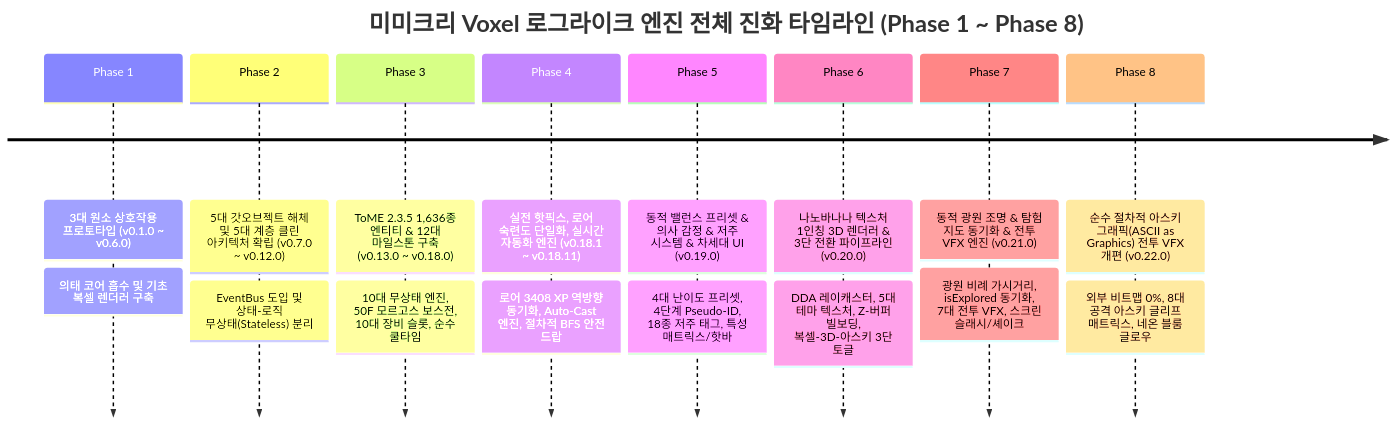
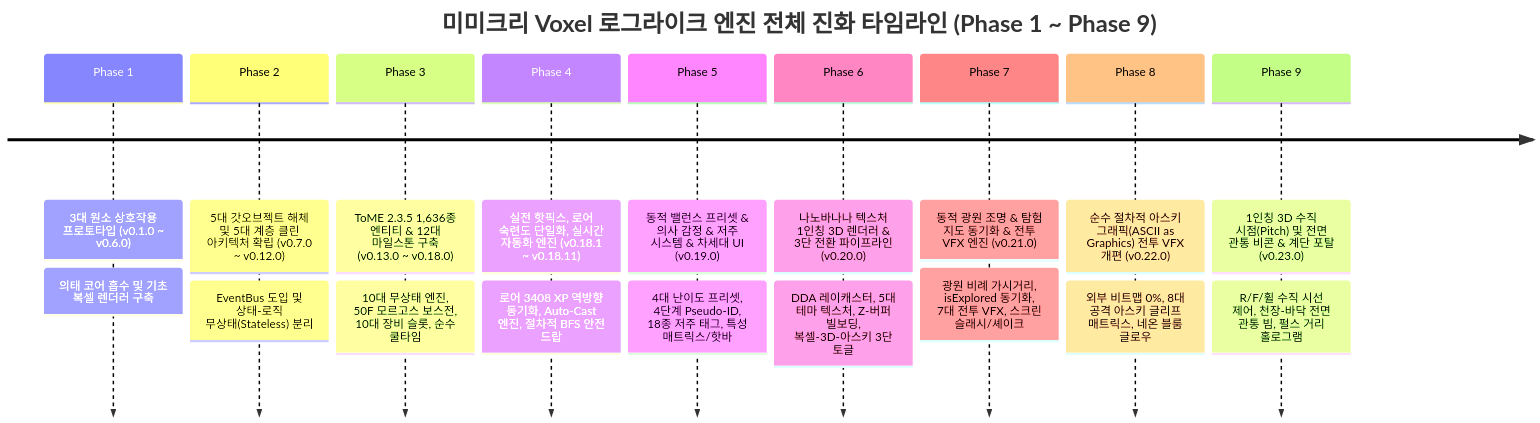
Before and after one commit to loverspath/mimicry_voxel: the diagram in DEVELOPMENT_LOG.md, drawn with Mermaid. The commit also changed other lines of this file and 11 other files, not shown here.

````diff
--- a/DEVELOPMENT_LOG.md
+++ b/DEVELOPMENT_LOG.md
@@ -20,20 +20,22 @@
 ```mermaid
 timeline
-    title 미미크리 Voxel 로그라이크 엔진 전체 진화 타임라인 (Phase 1 ~ Phase 8)
+    title 미미크리 Voxel 로그라이크 엔진 전체 진화 타임라인 (Phase 1 ~ Phase 9)
     Phase 1 : 3대 원소 상호작용 프로토타입 (v0.1.0 ~ v0.6.0)
             : 의태 코어 흡수 및 기초 복셀 렌더러 구축
     Phase 2 : 5대 갓오브젝트 해체 및 5대 계층 클린 아키텍처 확립 (v0.7.0 ~ v0.12.0)
             : EventBus 도입 및 상태-로직 무상태(Stateless) 분리
     Phase 3 : ToME 2.3.5 1,636종 엔티티 & 12대 마일스톤 구축 (v0.13.0 ~ v0.18.0)
             : 10대 무상태 엔진, 50F 모르고스 보스전, 10대 장비 슬롯, 순수 쿨타임
     Phase 4 : 실전 핫픽스, 로어 숙련도 단일화, 실시간 자동화 엔진 (v0.18.1 ~ v0.18.11)
             : 로어 3408 XP 역방향 동기화, Auto-Cast 엔진, 절차적 BFS 안전 드랍
     Phase 5 : 동적 밸런스 프리셋 & 의사 감정 & 저주 시스템 & 차세대 UI (v0.19.0)
             : 4대 난이도 프리셋, 4단계 Pseudo-ID, 18종 저주 태그, 특성 매트릭스/핫바
     Phase 6 : 나노바나나 텍스처 1인칭 3D 렌더러 & 3단 전환 파이프라인 (v0.20.0)
             : DDA 레이캐스터, 5대 테마 텍스처, Z-버퍼 빌보딩, 복셀-3D-아스키 3단 토글
     Phase 7 : 동적 광원 조명 & 탐험 지도 동기화 & 전투 VFX 엔진 (v0.21.0)
             : 광원 비례 가시거리, isExplored 동기화, 7대 전투 VFX, 스크린 슬래시/셰이크
     Phase 8 : 순수 절차적 아스키 그래픽(ASCII as Graphics) 전투 VFX 개편 (v0.22.0)
             : 외부 비트맵 0%, 8대 공격 아스키 글리프 매트릭스, 네온 블룸 글로우
+    Phase 9 : 1인칭 3D 수직 시점(Pitch) 및 전면 관통 비콘 & 계단 포탈 (v0.23.0)
+            : R/F/휠 수직 시선 제어, 천장-바닥 전면 관통 빔, 펄스 거리 홀로그램
 ```
````
